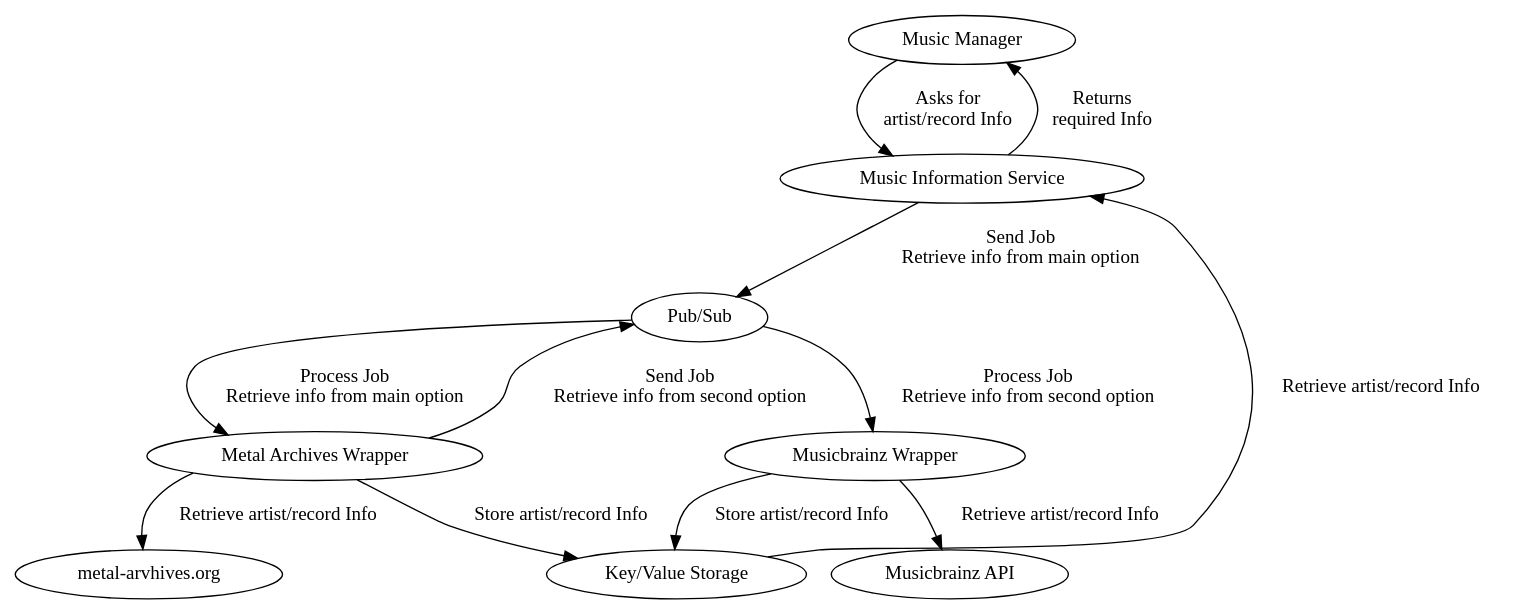
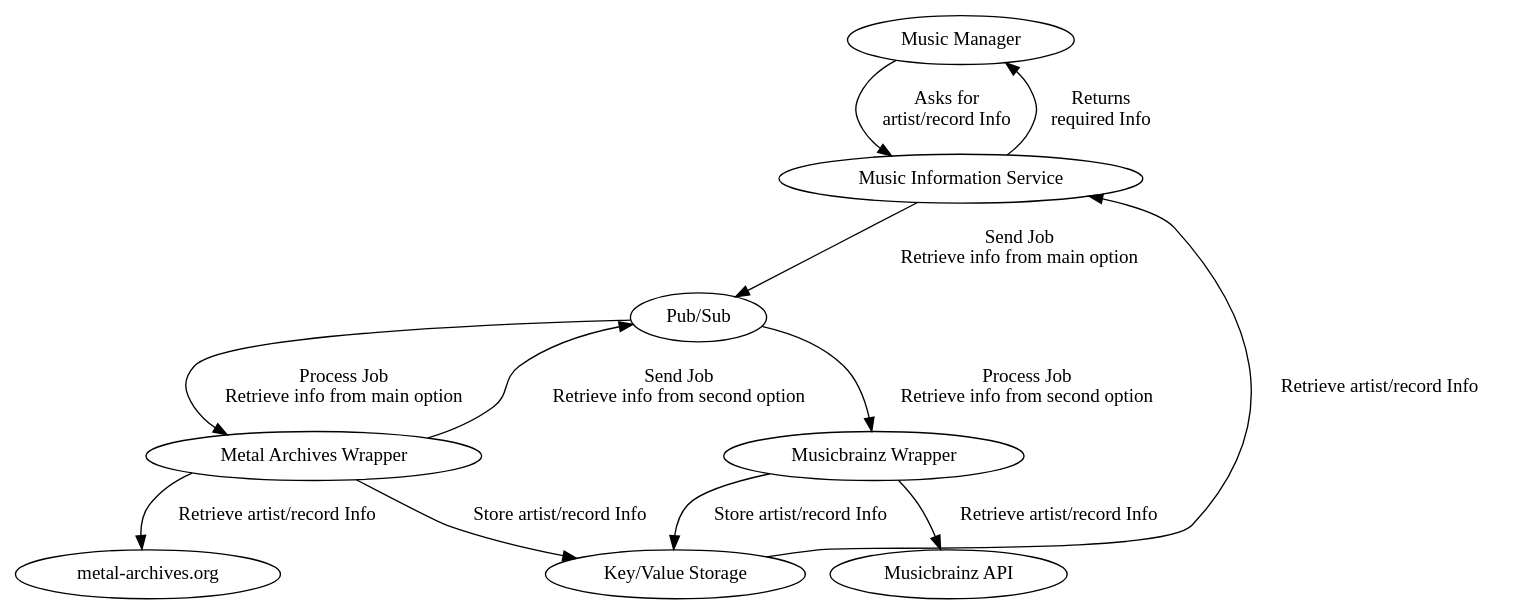
One commit to a-castellano/Music-Manager-Docs changed the diagram in Service Graph/services.dot. Above: the diagram before and after it, drawn with Graphviz. The commit also changed 1 other file, not shown here.

```diff
--- a/Service Graph/services.dot
+++ b/Service Graph/services.dot
@@ -1,13 +1,13 @@
 digraph G {
   "Music Manager" -> "Music Information Service" [label="Asks for\nartist/record Info"]
   "Music Information Service" -> "Music Manager" [label="Returns\nrequired Info"]
   "Key/Value Storage" -> "Music Information Service" [label="Retrieve artist/record Info"]
   "Music Information Service" -> "Pub/Sub" [label="Send Job\nRetrieve info from main option"]
-  "Metal Archives Wrapper" -> "metal-arvhives.org" [label="Retrieve artist/record Info"]
+  "Metal Archives Wrapper" -> "metal-archives.org" [label="Retrieve artist/record Info"]
   "Musicbrainz Wrapper" -> "Musicbrainz API" [label="Retrieve artist/record Info"]
   "Musicbrainz Wrapper" -> "Key/Value Storage" [label="Store artist/record Info"]
   "Pub/Sub" -> "Musicbrainz Wrapper" [label="Process Job\nRetrieve info from second option"]
   "Metal Archives Wrapper" -> "Key/Value Storage" [label="Store artist/record Info"]
   "Pub/Sub" -> "Metal Archives Wrapper" [label="Process Job\nRetrieve info from main option"]
   "Metal Archives Wrapper" -> "Pub/Sub" [label="Send Job\nRetrieve info from second option"]
  }
```
